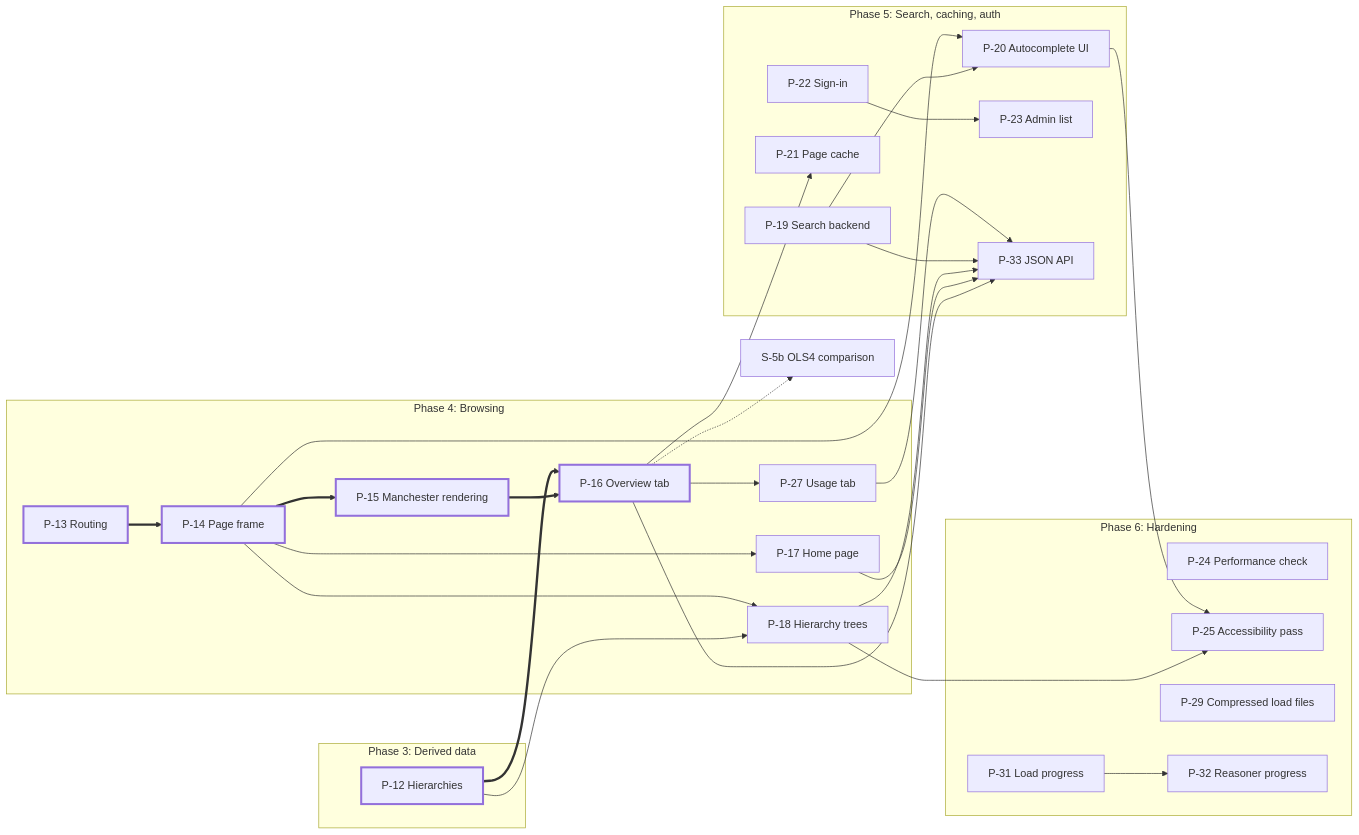
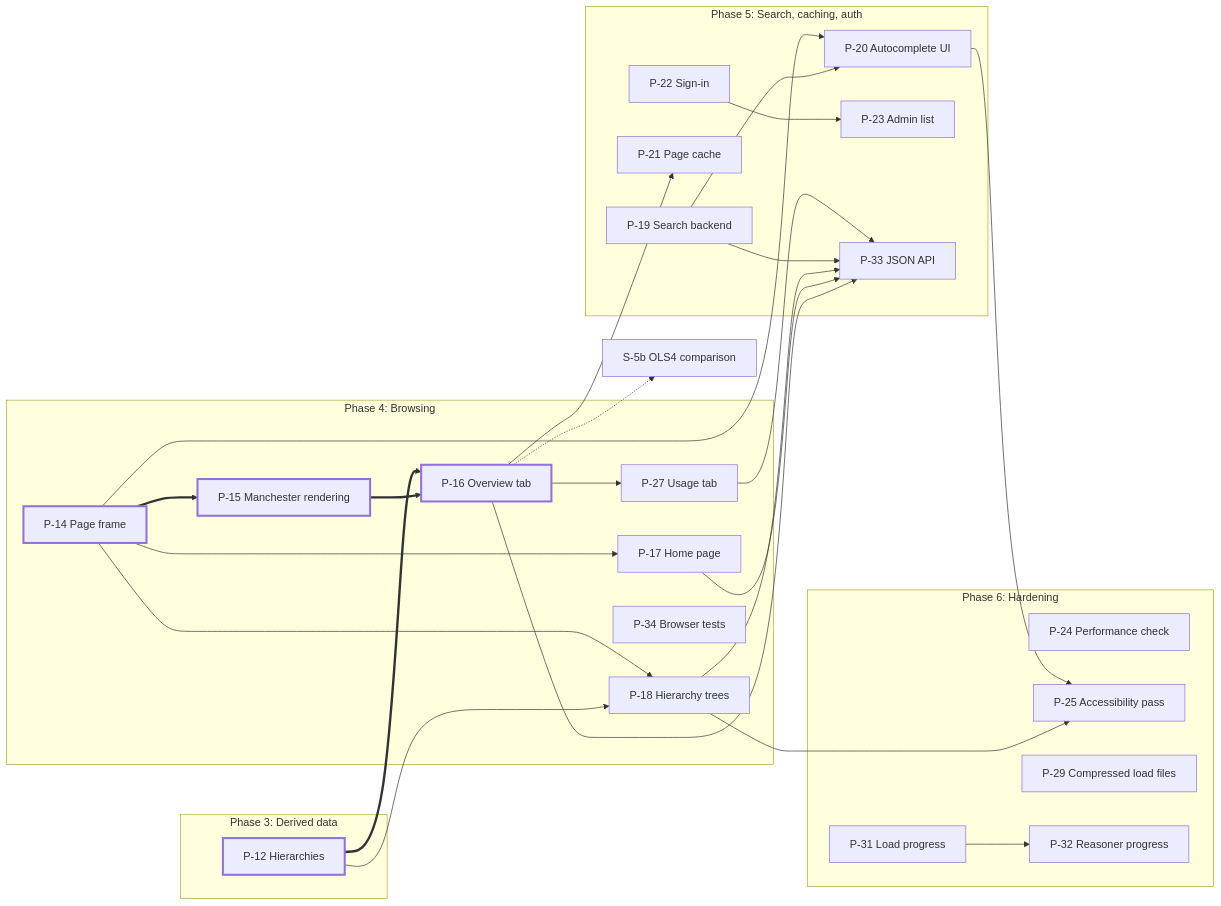
One commit to jclerman/browl changed the diagram in docs/DESIGN.md. Above: the diagram before and after it, drawn with Mermaid. The commit also changed other lines of this file and 11 other files, not shown here.

First line of the commit message:
P-34: browser tests with Playwright (#88)

````diff
--- a/docs/DESIGN.md
+++ b/docs/DESIGN.md
@@ -1048,49 +1049,49 @@
 ```mermaid
 flowchart LR
     subgraph P3["Phase 3: Derived data"]
         P12["P-12 Hierarchies"]
     end
     subgraph P4["Phase 4: Browsing"]
-        P13["P-13 Routing"]
         P14["P-14 Page frame"]
         P15["P-15 Manchester rendering"]
         P16["P-16 Overview tab"]
         P17["P-17 Home page"]
         P18["P-18 Hierarchy trees"]
         P27["P-27 Usage tab"]
+        P34["P-34 Browser tests"]
     end
     subgraph P5["Phase 5: Search, caching, auth"]
         P19["P-19 Search backend"]
         P20["P-20 Autocomplete UI"]
         P21["P-21 Page cache"]
         P22["P-22 Sign-in"]
         P23["P-23 Admin list"]
         P33["P-33 JSON API"]
     end
     subgraph P6["Phase 6: Hardening"]
         P24["P-24 Performance check"]
         P25["P-25 Accessibility pass"]
         P29["P-29 Compressed load files"]
         P31["P-31 Load progress"]
         P32["P-32 Reasoner progress"]
     end
     S5b["S-5b OLS4 comparison"]
 
-    P13 ==> P14 ==> P15 ==> P16
+    P14 ==> P15 ==> P16
     P12 ==> P16
     P14 --> P17
     P12 --> P18
     P14 --> P18
     P16 --> P27
     P16 --> P21
     P19 --> P20
     P14 --> P20
     P16 & P17 & P18 & P19 & P27 --> P33
     P18 & P20 --> P25
     P22 --> P23
     P31 --> P32
     P16 -.-> S5b
 
     classDef critical stroke-width:3px
-    class P12,P13,P14,P15,P16 critical
+    class P12,P14,P15,P16 critical
 ```
````
